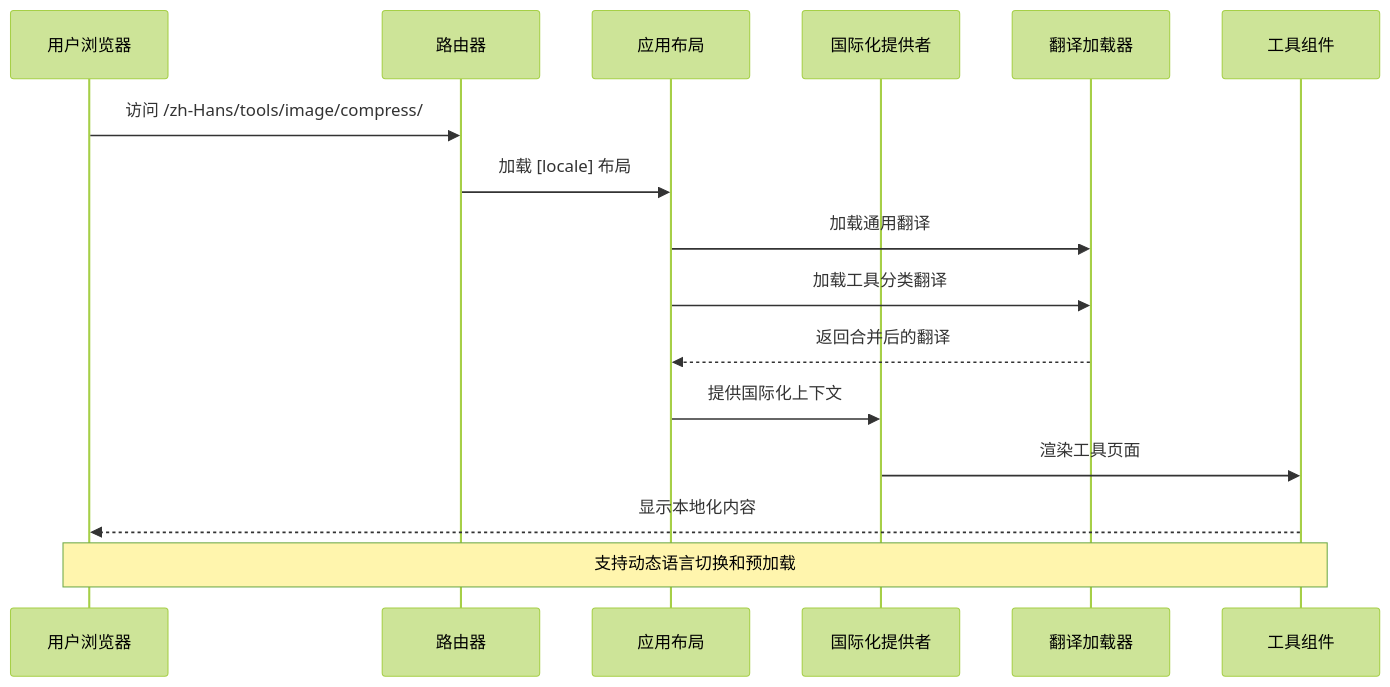
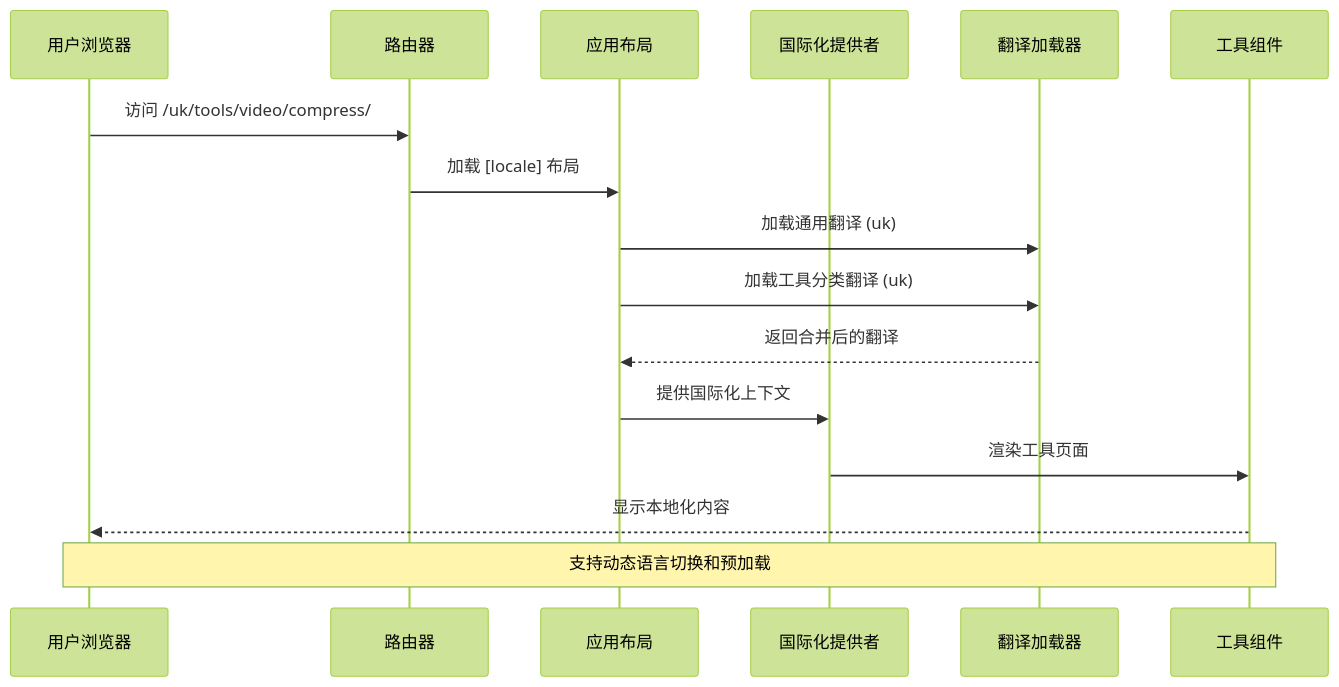
One commit to sgyy/privadeck changed the fourth of 9 diagrams in .qoder/repowiki/zh/content/技术架构/国际化系统.md. Above: the diagram before and after it, drawn with Mermaid (forest theme). The commit also changed other lines of this file and 2 other files, not shown here.

````diff
--- a/.qoder/repowiki/zh/content/技术架构/国际化系统.md
+++ b/.qoder/repowiki/zh/content/技术架构/国际化系统.md
@@ -189,18 +218,18 @@
 ```mermaid
 sequenceDiagram
 participant User as 用户浏览器
 participant Router as 路由器
 participant Layout as 应用布局
 participant Provider as 国际化提供者
 participant Messages as 翻译加载器
 participant Tools as 工具组件
-User->>Router : 访问 /zh-Hans/tools/image/compress/
+User->>Router : 访问 /uk/tools/video/compress/
 Router->>Layout : 加载 [locale] 布局
-Layout->>Messages : 加载通用翻译
-Layout->>Messages : 加载工具分类翻译
+Layout->>Messages : 加载通用翻译 (uk)
+Layout->>Messages : 加载工具分类翻译 (uk)
 Messages-->>Layout : 返回合并后的翻译
 Layout->>Provider : 提供国际化上下文
 Provider->>Tools : 渲染工具页面
 Tools-->>User : 显示本地化内容
 Note over User,Tools : 支持动态语言切换和预加载
 ```
````
